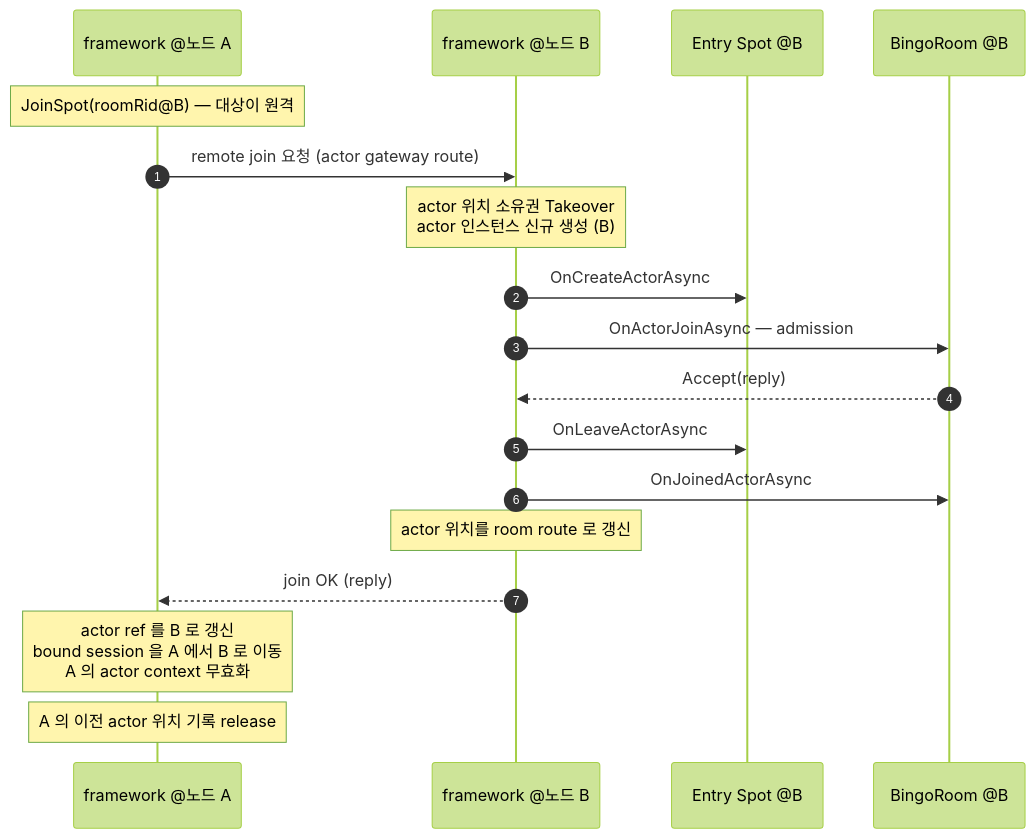
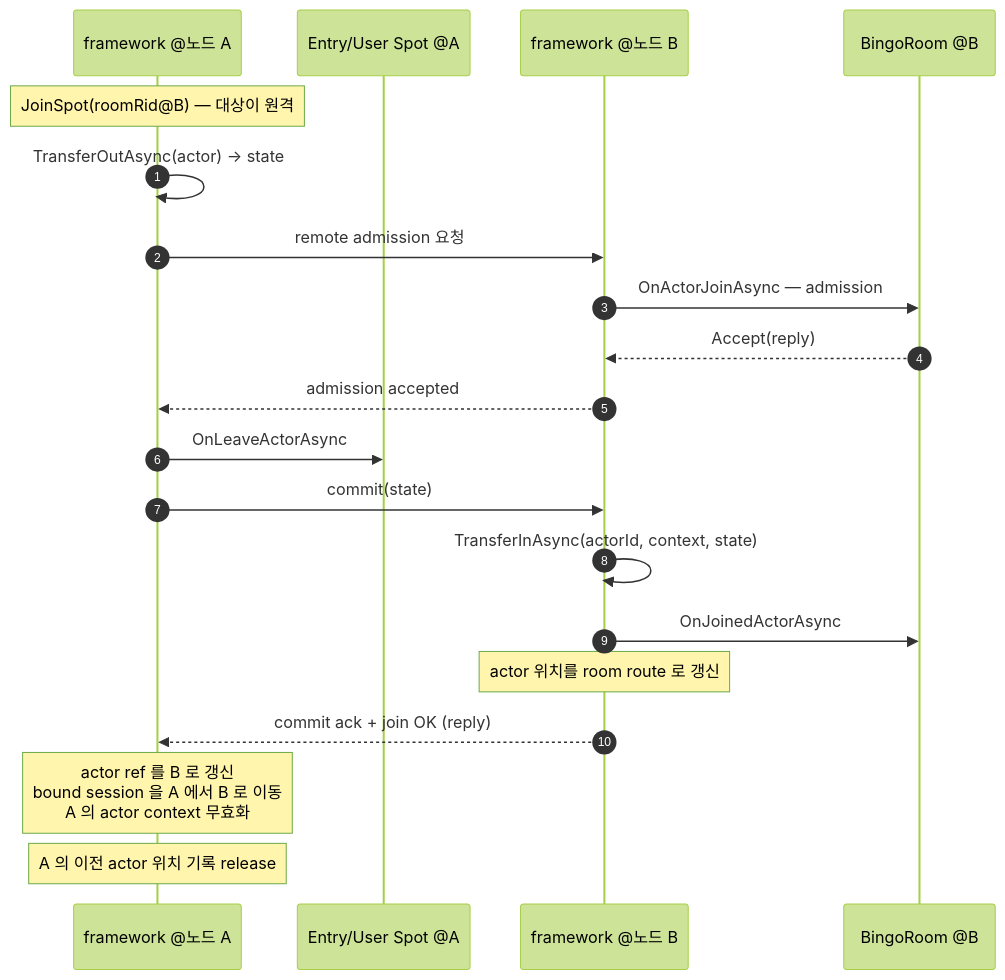
The second of 2 diagrams in framework/doc/framework/dotnet/guide/06-actor-spot.ko.md (kairos-code-dev/zlink), drawn with Mermaid (forest theme) before and after one commit. The commit also changed other lines of this file and 39 other files, not shown here.

````diff
--- a/framework/doc/framework/dotnet/guide/06-actor-spot.ko.md
+++ b/framework/doc/framework/dotnet/guide/06-actor-spot.ko.md
@@ -185,20 +192,22 @@
 ```mermaid
 sequenceDiagram
   autonumber
   participant CA as framework @노드 A
+  participant EA as Entry/User Spot @A
   participant CB as framework @노드 B
-  participant EB as Entry Spot @B
   participant R as BingoRoom @B
   Note over CA: JoinSpot(roomRid@B) — 대상이 원격
-  CA->>CB: remote join 요청 (actor gateway route)
-  Note over CB: actor 위치 소유권 Takeover<br/>actor 인스턴스 신규 생성 (B)
-  CB->>EB: OnCreateActorAsync
+  CA->>CA: TransferOutAsync(actor) -> state
+  CA->>CB: remote admission 요청
   CB->>R: OnActorJoinAsync — admission
   R-->>CB: Accept(reply)
-  CB->>EB: OnLeaveActorAsync
+  CB-->>CA: admission accepted
+  CA->>EA: OnLeaveActorAsync
+  CA->>CB: commit(state)
+  CB->>CB: TransferInAsync(actorId, context, state)
   CB->>R: OnJoinedActorAsync
   Note over CB: actor 위치를 room route 로 갱신
-  CB-->>CA: join OK (reply)
+  CB-->>CA: commit ack + join OK (reply)
   Note over CA: actor ref 를 B 로 갱신<br/>bound session 을 A 에서 B 로 이동<br/>A 의 actor context 무효화
   Note over CA: A 의 이전 actor 위치 기록 release
 ```
````
